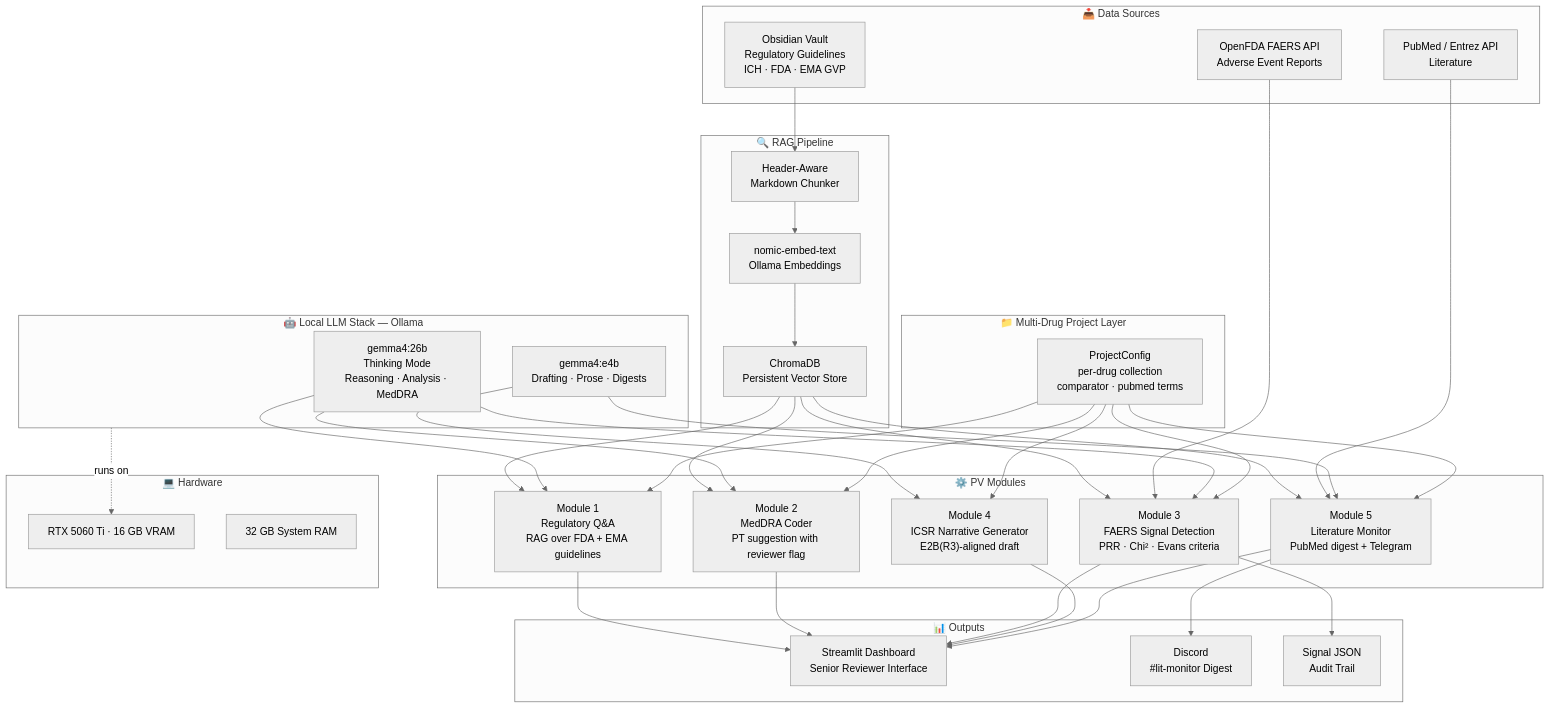
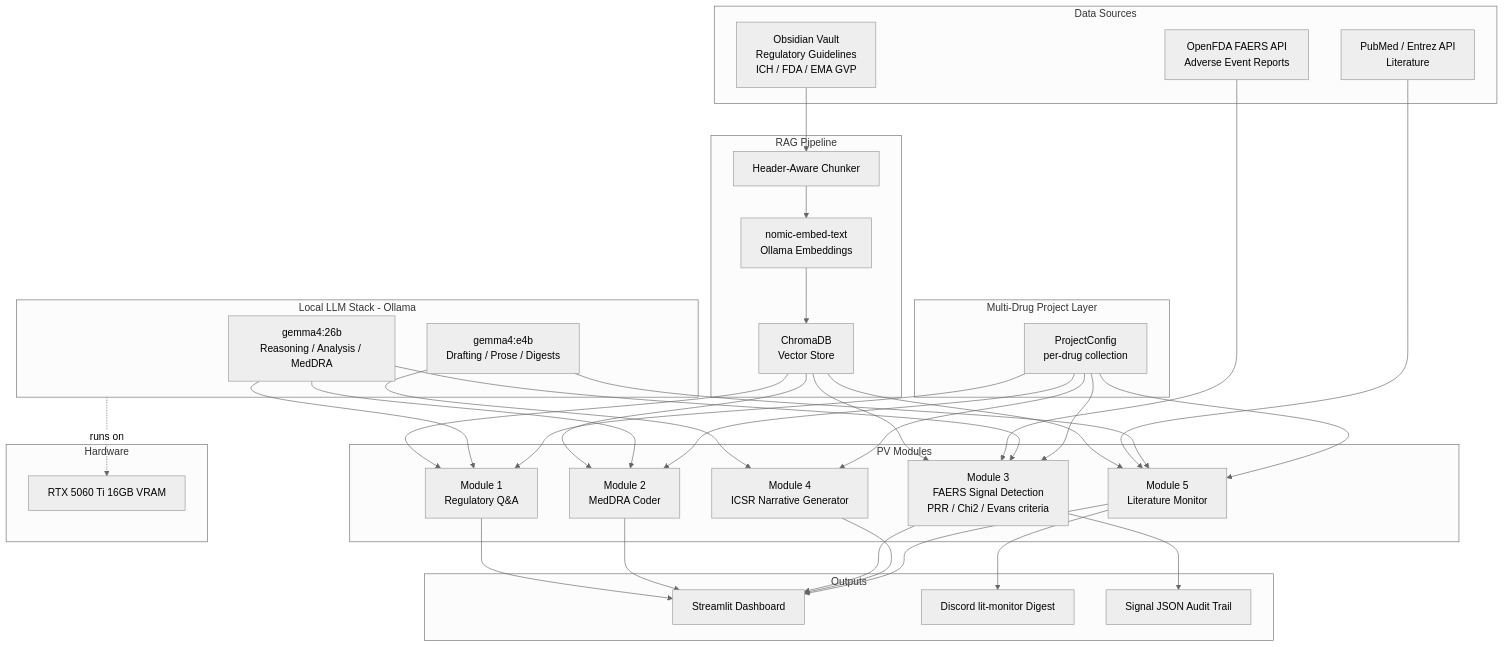
Before and after one commit to molszewski423/pv-workbench: the diagram in README.md, drawn with Mermaid (neutral theme).

Commit message:
Fix Mermaid diagram — remove unicode dots and ampersand shorthand for mobile compat

````diff
--- a/README.md
+++ b/README.md
@@ -17,54 +17,82 @@
 ```mermaid
 graph TB
-    subgraph Sources["📥 Data Sources"]
-        FAERS["OpenFDA FAERS API\nAdverse Event Reports"]
-        PubMed["PubMed / Entrez API\nLiterature"]
-        Vault["Obsidian Vault\nRegulatory Guidelines\nICH · FDA · EMA GVP"]
+    subgraph Sources["Data Sources"]
+        FAERS["OpenFDA FAERS API
+Adverse Event Reports"]
+        PubMed["PubMed / Entrez API
+Literature"]
+        Vault["Obsidian Vault
+Regulatory Guidelines
+ICH / FDA / EMA GVP"]
     end
 
-    subgraph RAG["🔍 RAG Pipeline"]
-        Chunker["Header-Aware\nMarkdown Chunker"]
-        Embed["nomic-embed-text\nOllama Embeddings"]
-        ChromaDB["ChromaDB\nPersistent Vector Store"]
+    subgraph RAG["RAG Pipeline"]
+        Chunker["Header-Aware Chunker"]
+        Embed["nomic-embed-text
+Ollama Embeddings"]
+        ChromaDB["ChromaDB
+Vector Store"]
     end
 
-    subgraph LLMs["🤖 Local LLM Stack — Ollama"]
-        G26b["gemma4:26b\nThinking Mode\nReasoning · Analysis · MedDRA"]
-        G4b["gemma4:e4b\nDrafting · Prose · Digests"]
+    subgraph LLMs["Local LLM Stack - Ollama"]
+        G26b["gemma4:26b
+Reasoning / Analysis / MedDRA"]
+        G4b["gemma4:e4b
+Drafting / Prose / Digests"]
     end
 
-    subgraph Modules["⚙️ PV Modules"]
-        M1["Module 1\nRegulatory Q&A\nRAG over FDA + EMA guidelines"]
-        M2["Module 2\nMedDRA Coder\nPT suggestion with reviewer flag"]
-        M3["Module 3\nFAERS Signal Detection\nPRR · Chi² · Evans criteria"]
-        M4["Module 4\nICSR Narrative Generator\nE2B(R3)-aligned draft"]
-        M5["Module 5\nLiterature Monitor\nPubMed digest + Telegram"]
+    subgraph Modules["PV Modules"]
+        M1["Module 1
+Regulatory Q&A"]
+        M2["Module 2
+MedDRA Coder"]
+        M3["Module 3
+FAERS Signal Detection
+PRR / Chi2 / Evans criteria"]
+        M4["Module 4
+ICSR Narrative Generator"]
+        M5["Module 5
+Literature Monitor"]
     end
 
-    subgraph Projects["📁 Multi-Drug Project Layer"]
-        PC["ProjectConfig\nper-drug collection\ncomparator · pubmed terms"]
+    subgraph Projects["Multi-Drug Project Layer"]
+        PC["ProjectConfig
+per-drug collection"]
     end
 
-    subgraph Output["📊 Outputs"]
-        Dash["Streamlit Dashboard\nSenior Reviewer Interface"]
-        Discord["Discord #lit-monitor\nWeekly Digest"]
-        JFILE["Signal JSON\nAudit Trail"]
+    subgraph Output["Outputs"]
+        Dash["Streamlit Dashboard"]
+        Discord["Discord lit-monitor Digest"]
+        JFILE["Signal JSON Audit Trail"]
     end
 
     Vault --> Chunker --> Embed --> ChromaDB
-    ChromaDB --> M1 & M2 & M3 & M5
+    ChromaDB --> M1
+    ChromaDB --> M2
+    ChromaDB --> M3
+    ChromaDB --> M5
     FAERS --> M3
     PubMed --> M5
-    G26b --> M1 & M2 & M3
-    G4b --> M4 & M5
-    PC --> M1 & M2 & M3 & M4 & M5
-    M1 & M2 & M3 & M4 & M5 --> Dash
-    M5 --> Discord["Discord\n#lit-monitor Digest"]
+    G26b --> M1
+    G26b --> M2
+    G26b --> M3
+    G4b --> M4
+    G4b --> M5
+    PC --> M1
+    PC --> M2
+    PC --> M3
+    PC --> M4
+    PC --> M5
+    M1 --> Dash
+    M2 --> Dash
+    M3 --> Dash
+    M4 --> Dash
+    M5 --> Dash
+    M5 --> Discord
     M3 --> JFILE
 
-    subgraph HW["💻 Hardware"]
-        GPU["RTX 5060 Ti · 16 GB VRAM"]
-        RAM["32 GB System RAM"]
+    subgraph HW["Hardware"]
+        GPU["RTX 5060 Ti 16GB VRAM"]
     end
     LLMs -.->|runs on| GPU
 ```
````
